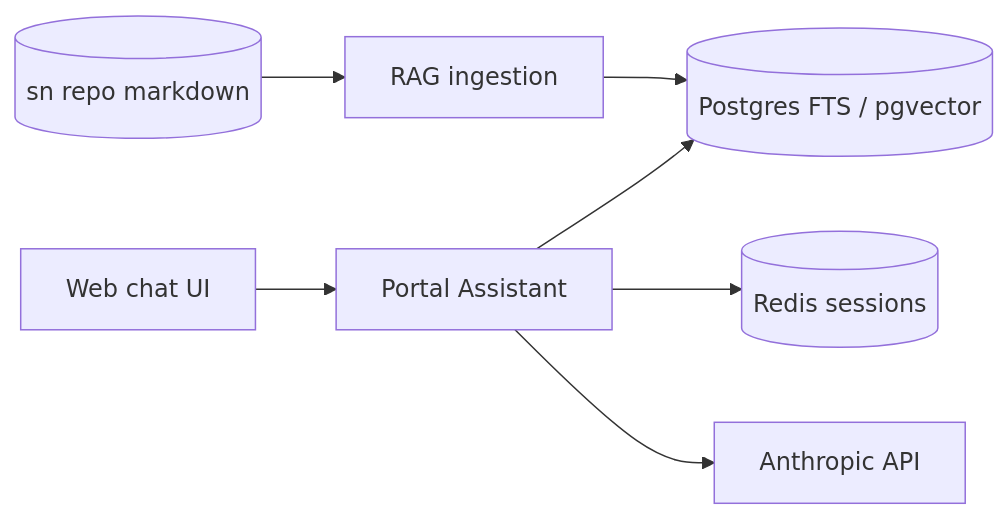
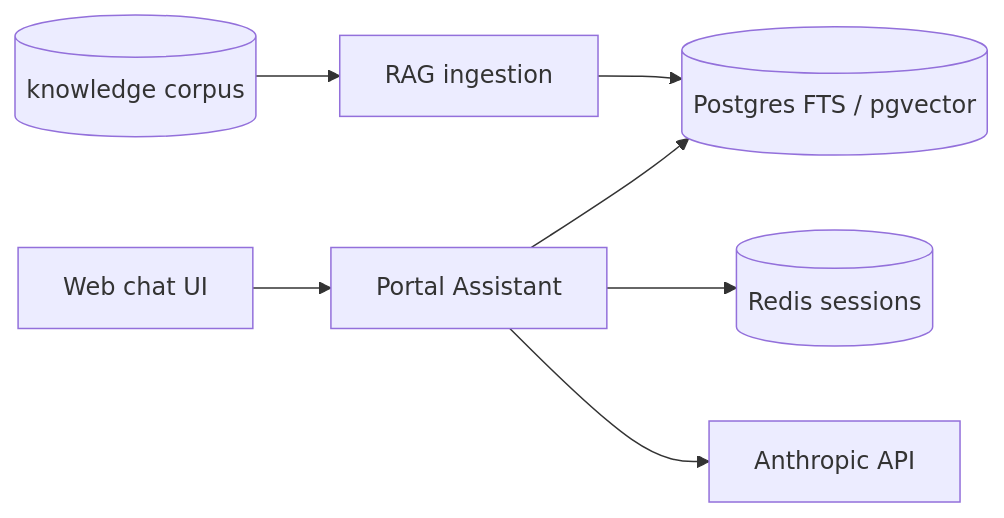
One commit to opsdevcode/relay changed the diagram in README.md. Above: the diagram before and after it, drawn with Mermaid. The commit also changed other lines of this file and 9 other files, not shown here.

First line of the commit message:
Remove external repo references; bundle self-contained knowledge corpus.

````diff
--- a/README.md
+++ b/README.md
@@ -47,9 +43,9 @@
 ```mermaid
 flowchart LR
   WEB[Web chat UI] --> PA[Portal Assistant]
   PA --> PG[(Postgres FTS / pgvector)]
   PA --> RD[(Redis sessions)]
   PA --> LLM[Anthropic API]
   ING[RAG ingestion] --> PG
-  SN[(sn repo markdown)] --> ING
+  CORPUS[(knowledge corpus)] --> ING
 ```
````
